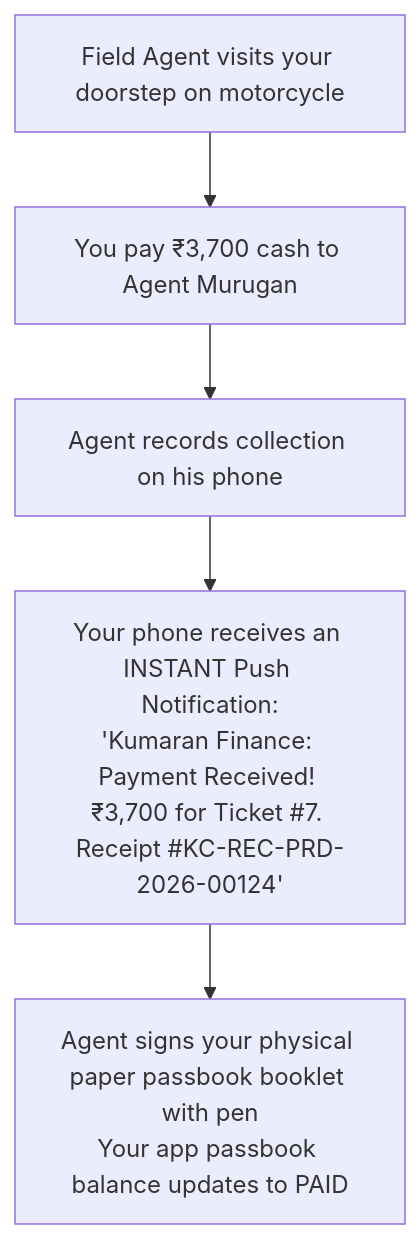
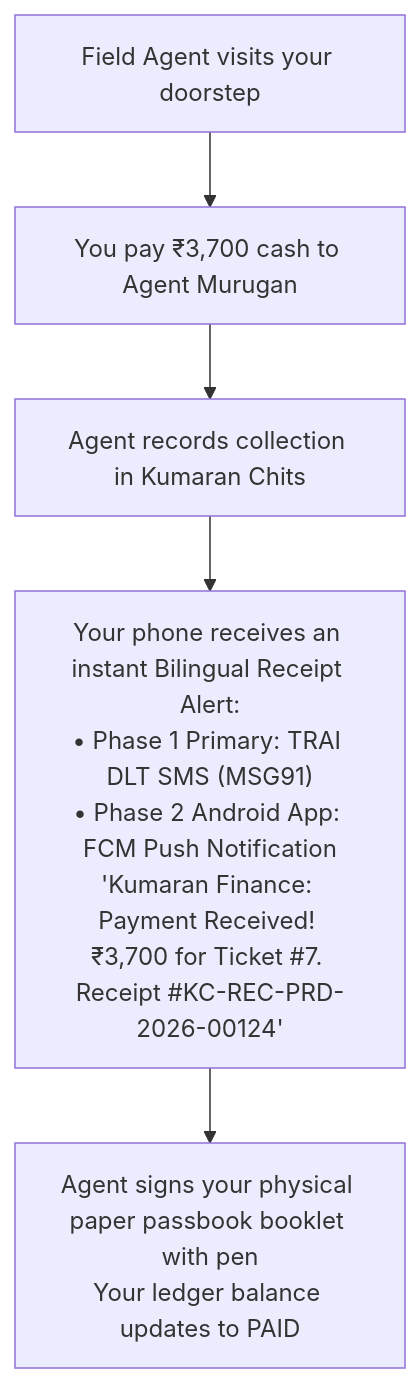
The fifth of 10 diagrams in docs/07-operations/user-manuals/customer-app-guide.md (Kathir-24/Kumaran-finance), drawn with Mermaid before and after one commit. The commit also changed other lines of this file and 4 other files, not shown here.

````diff
--- a/docs/07-operations/user-manuals/customer-app-guide.md
+++ b/docs/07-operations/user-manuals/customer-app-guide.md
@@ -127,7 +130,7 @@
 ```mermaid
 flowchart TD
-    AgentVisit["Field Agent visits your doorstep on motorcycle"] --> CashHand["You pay ₹3,700 cash to Agent Murugan"]
-    CashHand --> AgentEnters["Agent records collection on his phone"]
-    AgentEnters --> InstantPush["Your phone receives an INSTANT Push Notification:\n'Kumaran Finance: Payment Received! ₹3,700 for Ticket #7. Receipt #KC-REC-PRD-2026-00124'"]
-    InstantPush --> PassbookCheck["Agent signs your physical paper passbook booklet with pen\nYour app passbook balance updates to PAID"]
+    AgentVisit["Field Agent visits your doorstep"] --> CashHand["You pay ₹3,700 cash to Agent Murugan"]
+    CashHand --> AgentEnters["Agent records collection in Kumaran Chits"]
+    AgentEnters --> InstantAlert["Your phone receives an instant Bilingual Receipt Alert:\n• Phase 1 Primary: TRAI DLT SMS (MSG91)\n• Phase 2 Android App: FCM Push Notification\n'Kumaran Finance: Payment Received! ₹3,700 for Ticket #7. Receipt #KC-REC-PRD-2026-00124'"]
+    InstantAlert --> PassbookCheck["Agent signs your physical paper passbook booklet with pen\nYour ledger balance updates to PAID"]
 ```
````
